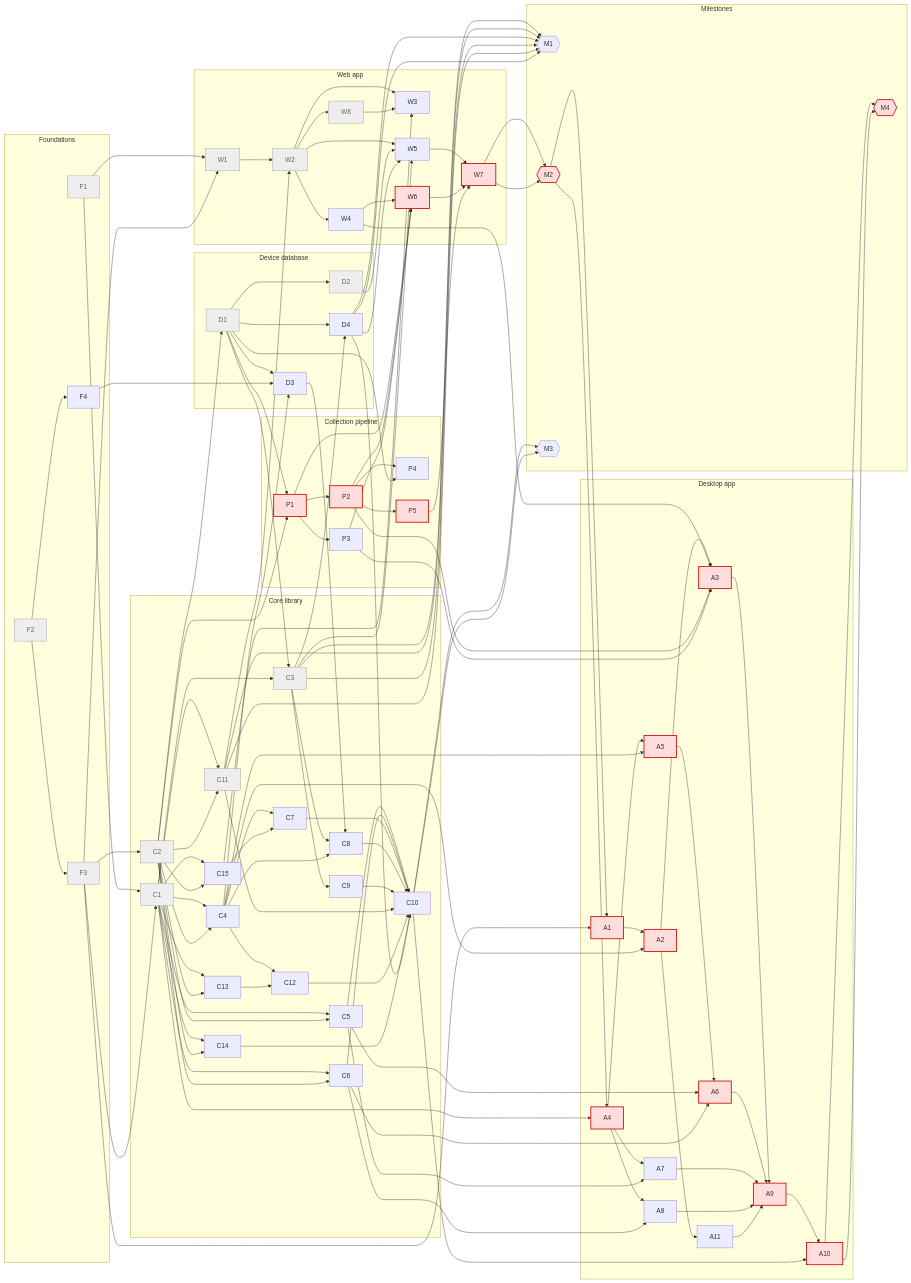
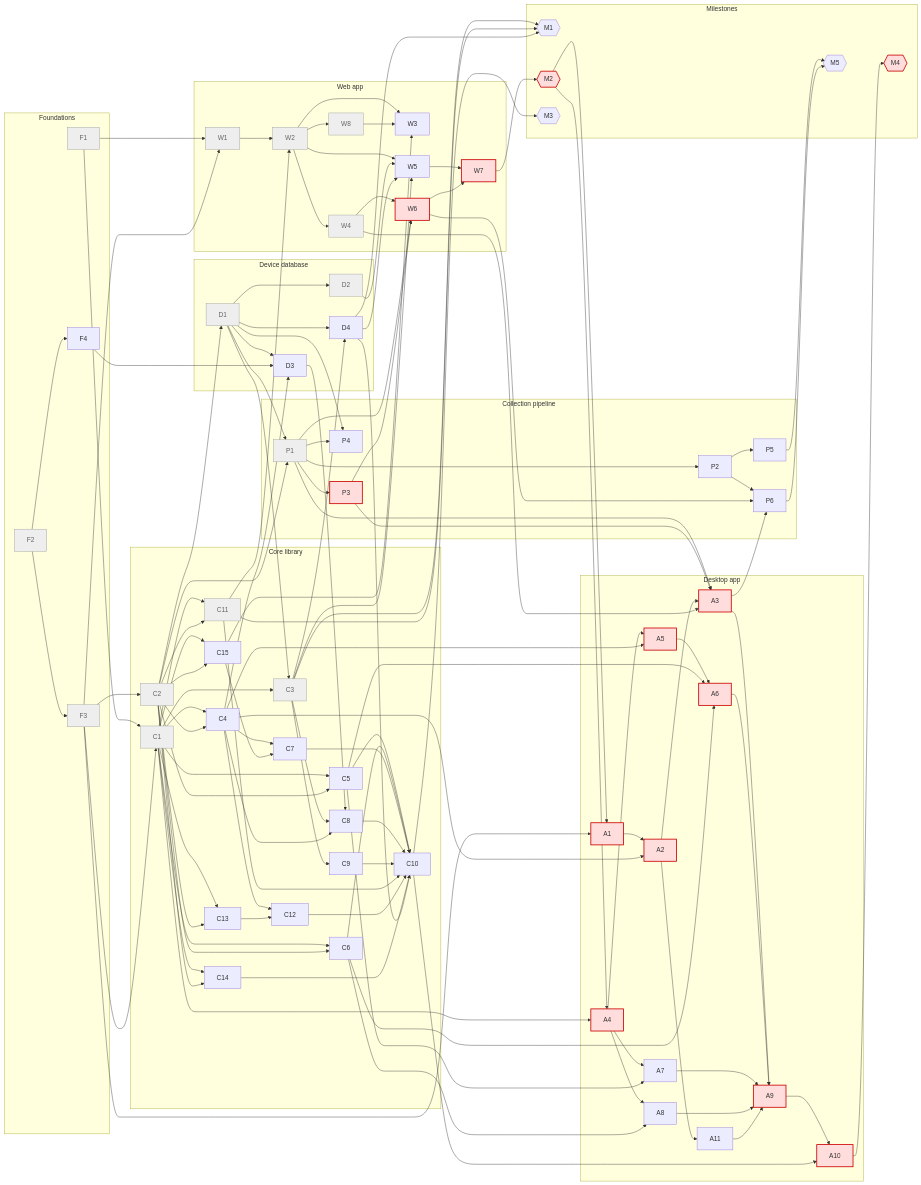
Before and after one commit to anygamepad/anygamepad.github.io: the third of 3 diagrams in ROADMAP/2026-10-14/README.md, drawn with Mermaid. The commit also changed other lines of this file and 48 other files, not shown here.

First line of the commit message:
Add device report schema, wizard, and local-first architecture (#10)

````diff
--- a/ROADMAP/2026-10-14/README.md
+++ b/ROADMAP/2026-10-14/README.md
@@ -286,6 +322,7 @@
         p3[P3]
         p4[P4]
         p5[P5]
+        p6[P6]
     end
     subgraph web_app[Web app]
         w1[W1]
@@ -315,6 +352,7 @@
         m2{{M2}}
         m3{{M3}}
         m4{{M4}}
+        m5{{M5}}
     end
     f2 --> f3
     f2 --> f4
@@ -365,9 +403,12 @@
     d1 --> p1
     p1 --> p2
     p1 --> p3
-    p2 --> p4
+    p1 --> p4
     d1 --> p4
     p2 --> p5
+    p2 --> p6
+    w6 --> p6
+    a3 --> p6
     f1 --> w1
     f3 --> w1
     w1 --> w2
@@ -383,11 +424,9 @@
     d4 --> w5
     w4 --> w6
     p1 --> w6
-    p2 --> w6
     p3 --> w6
     w5 --> w7
     w6 --> w7
-    p5 --> w7
     f3 --> a1
     m2 --> a1
     c1 --> a4
@@ -402,7 +441,7 @@
     c4 --> a2
     a2 --> a3
     w4 --> a3
-    p2 --> a3
+    p1 --> a3
     p3 --> a3
     a5 --> a6
     c5 --> a6
@@ -421,14 +460,10 @@
     w7 --> m2
     c10 --> m3
     a10 --> m4
-    c3 --> m1
-    c11 --> m1
-    d4 --> m1
-    w7 --> m2
-    c10 --> m3
-    a10 --> m4
+    p5 --> m5
+    p6 --> m5
     classDef crit fill:#fdd,stroke:#c00,stroke-width:2px
     classDef done fill:#eee,stroke:#999,color:#666
-    class p1,p2,p5,w6,w7,a1,a4,a5,a2,a3,a6,a9,a10,m2,m4,m2,m4 crit
-    class f1,f2,f3,c1,c2,c3,c11,d1,d2,w1,w2,w8 done
+    class p3,w6,w7,a1,a4,a5,a2,a3,a6,a9,a10,m2,m4 crit
+    class f1,f2,f3,c1,c2,c3,c11,d1,d2,p1,w1,w2,w4,w8 done
 ```
````
